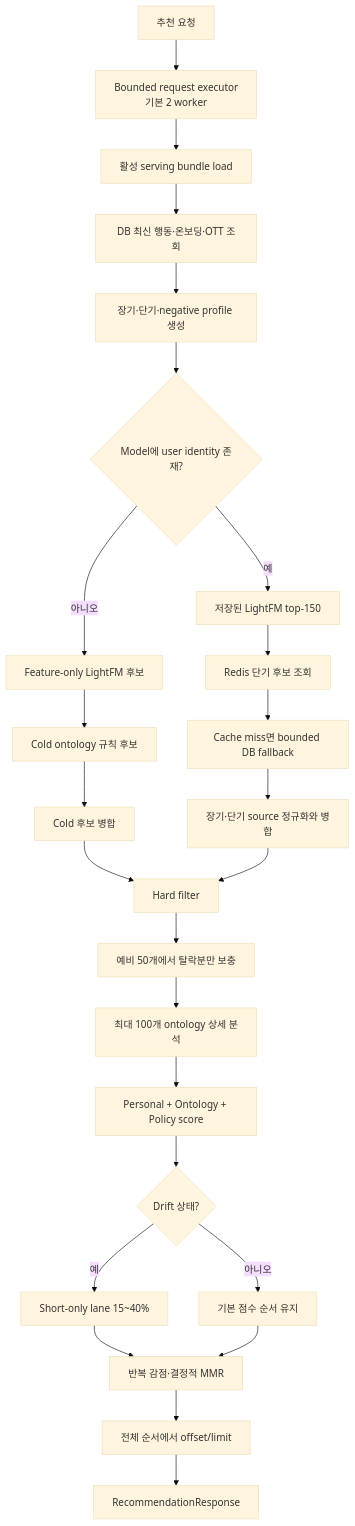
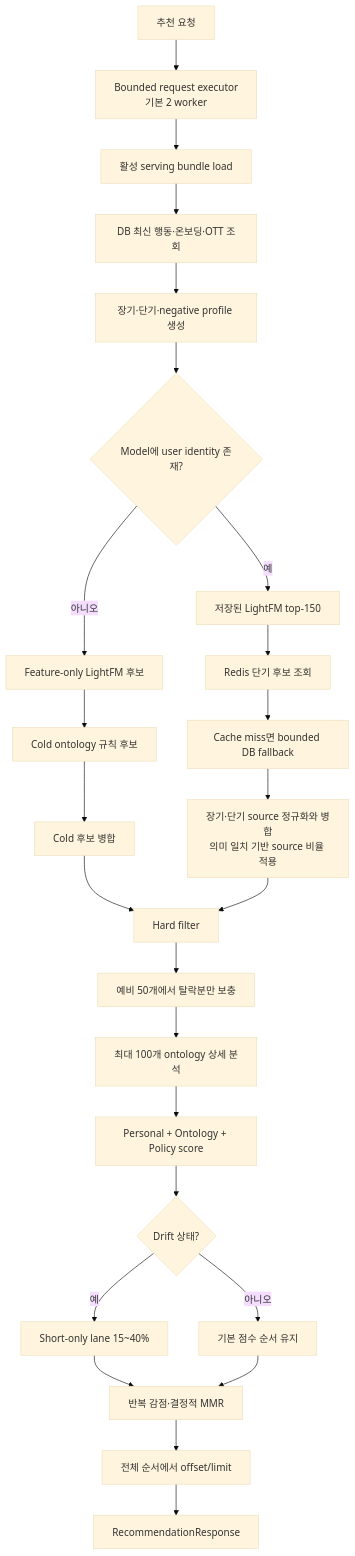
The third of 5 diagrams in z_v3_docs/01_architecture_and_pipeline.md (SSAG-amja/VIDEO_BACK), drawn with Mermaid (base theme) before and after one commit. The commit also changed other lines of this file and 17 other files, not shown here.

````diff
--- a/z_v3_docs/01_architecture_and_pipeline.md
+++ b/z_v3_docs/01_architecture_and_pipeline.md
@@ -76,27 +76,27 @@
 ```mermaid
 flowchart TD
     A[추천 요청] --> AX[Bounded request executor<br/>기본 2 worker]
     AX --> B[활성 serving bundle load]
     B --> C[DB 최신 행동·온보딩·OTT 조회]
     C --> D[장기·단기·negative profile 생성]
     D --> E{Model에 user identity 존재?}
     E -- 예 --> F[저장된 LightFM top-150]
     E -- 아니오 --> G[Feature-only LightFM 후보]
     G --> H[Cold ontology 규칙 후보]
     H --> I[Cold 후보 병합]
     F --> J[Redis 단기 후보 조회]
     J --> K[Cache miss면 bounded DB fallback]
-    K --> L[장기·단기 source 정규화와 병합]
+    K --> L[장기·단기 source 정규화와 병합<br/>의미 일치 기반 source 비율 적용]
     I --> M[Hard filter]
     L --> M
     M --> N[예비 50개에서 탈락분만 보충]
     N --> O[최대 100개 ontology 상세 분석]
     O --> P[Personal + Ontology + Policy score]
     P --> Q{Drift 상태?}
     Q -- 예 --> R[Short-only lane 15~40%]
     Q -- 아니오 --> S[기본 점수 순서 유지]
     R --> T[반복 감점·결정적 MMR]
     S --> T
     T --> U[전체 순서에서 offset/limit]
     U --> V[RecommendationResponse]
 ```
````
